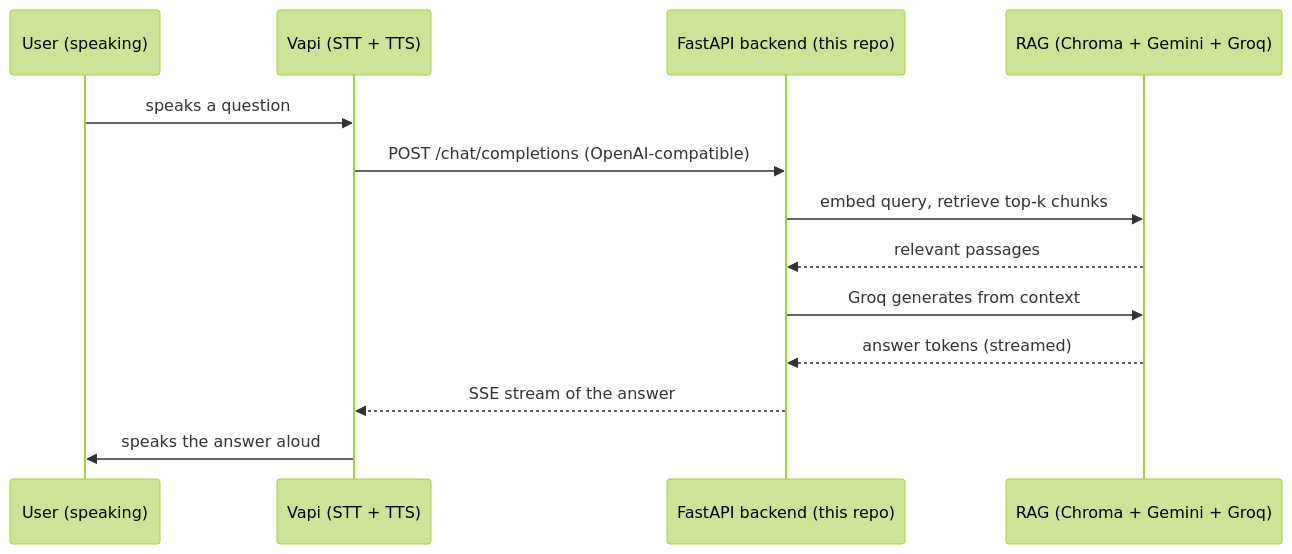
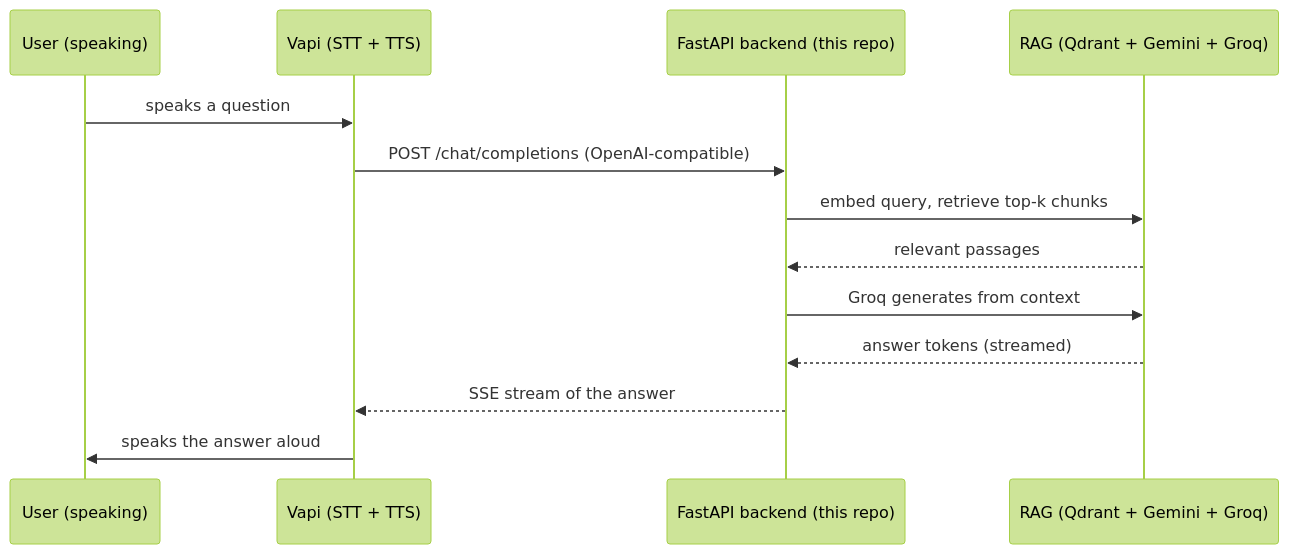
One commit to slider79/RAG-Voice-Assistant changed the diagram in README.md. Above: the diagram before and after it, drawn with Mermaid (forest theme). The commit also changed other lines of this file and 11 other files, not shown here.

````diff
--- a/README.md
+++ b/README.md
@@ -22,15 +22,15 @@
 ```mermaid
 sequenceDiagram
     participant U as User (speaking)
     participant V as Vapi (STT + TTS)
     participant B as FastAPI backend (this repo)
-    participant R as RAG (Chroma + Gemini + Groq)
+    participant R as RAG (Qdrant + Gemini + Groq)
     U->>V: speaks a question
     V->>B: POST /chat/completions (OpenAI-compatible)
     B->>R: embed query, retrieve top-k chunks
     R-->>B: relevant passages
     B->>R: Groq generates from context
     R-->>B: answer tokens (streamed)
     B-->>V: SSE stream of the answer
     V->>U: speaks the answer aloud
 ```
````
